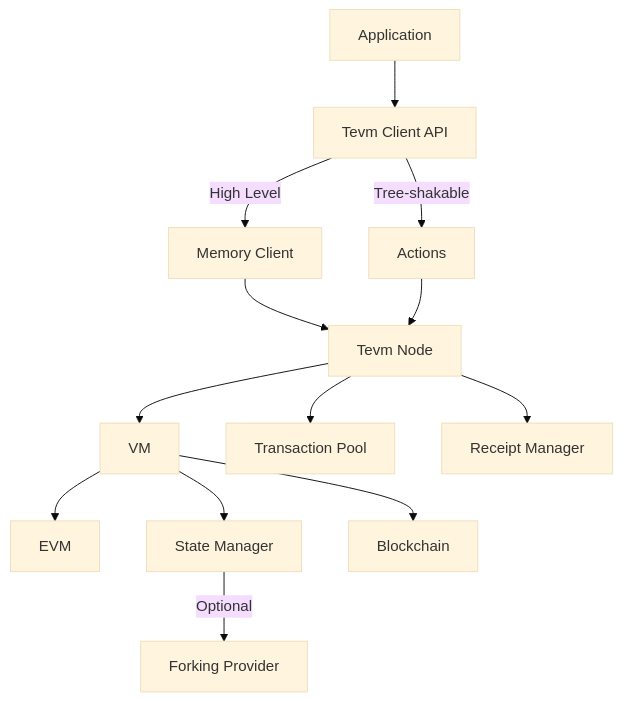
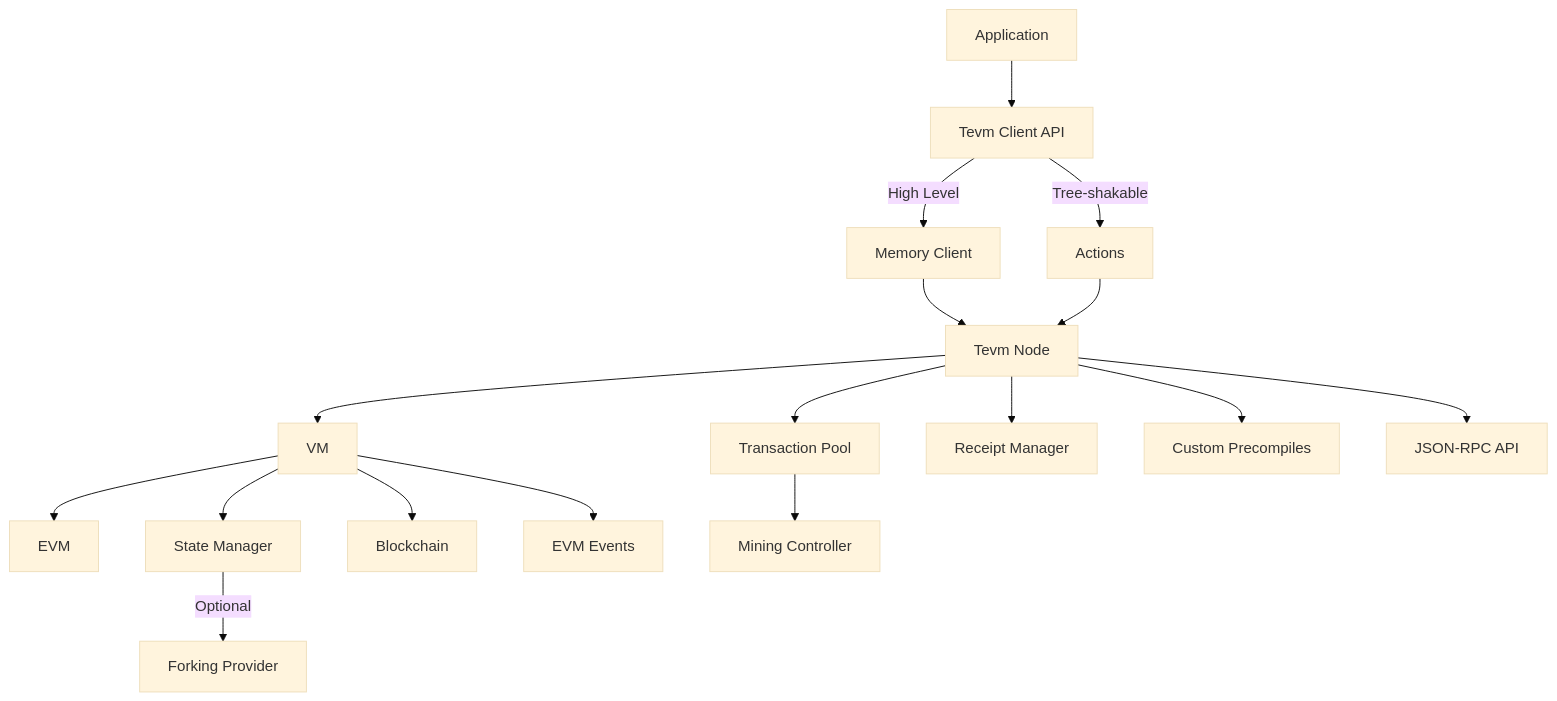
The diagram in docs/node/docs/pages/introduction/architecture-overview.mdx (evmts/tevm-monorepo), drawn with Mermaid (base theme) before and after one commit. The commit also changed other lines of this file and 309 other files, not shown here.

````diff
--- a/docs/node/docs/pages/introduction/architecture-overview.mdx
+++ b/docs/node/docs/pages/introduction/architecture-overview.mdx
@@ -19,15 +19,21 @@
 ```mermaid
 graph TD
     A[Application] --> B[Tevm Client API]
     B -->|High Level| C[Memory Client]
     B -->|Tree-shakable| D[Actions]
     C --> E[Tevm Node]
     D --> E
     E --> F[VM]
     F --> G[EVM]
     F --> H[State Manager]
     F --> I[Blockchain]
     E --> J[Transaction Pool]
     E --> K[Receipt Manager]
     H -->|Optional| L[Forking Provider]
+    
+    %% Add extra nodes for key components
+    E --> M[Custom Precompiles]
+    F --> N[EVM Events]
+    E --> O[JSON-RPC API]
+    J --> P[Mining Controller]
 ```
````
